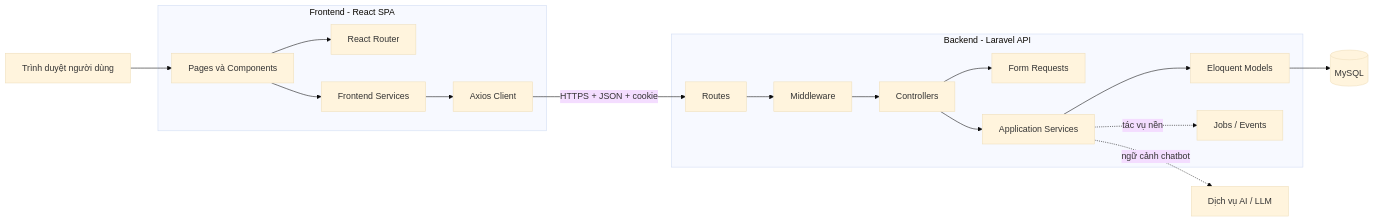
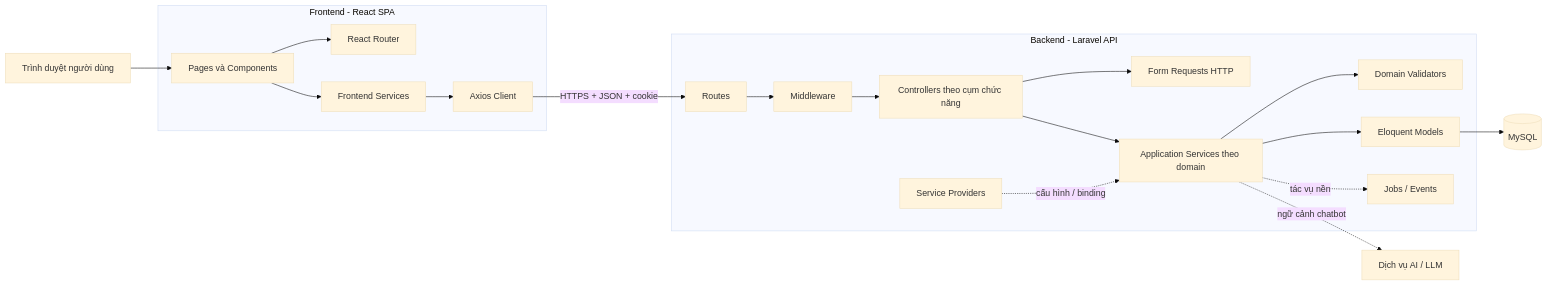
The first of 4 diagrams in ARCHITECTURE.md (HuynhDoHoangNguyen/laravel-react-stayhub), drawn with Mermaid (base theme) before and after one commit. The commit also changed other lines of this file and 5 other files, not shown here.

Commit message:
git commit -m "feat(invoice): add calculation service, domain validator and architecture refactor"

````diff
--- a/ARCHITECTURE.md
+++ b/ARCHITECTURE.md
@@ -18,35 +18,40 @@
 ```mermaid
 flowchart LR
     U[Trình duyệt người dùng]
 
     subgraph FE[Frontend - React SPA]
         UI[Pages và Components]
         RT[React Router]
         FS[Frontend Services]
         AX[Axios Client]
     end
 
     subgraph BE[Backend - Laravel API]
         R[Routes]
         MW[Middleware]
-        C[Controllers]
-        FR[Form Requests]
-        S[Application Services]
+        C[Controllers theo cụm chức năng]
+        FR[Form Requests HTTP]
+        S[Application Services theo domain]
+        V[Domain Validators]
+        P[Service Providers]
         M[Eloquent Models]
         Q[Jobs / Events]
     end
 
     DB[(MySQL)]
     LLM[Dịch vụ AI / LLM]
 
     U --> UI
     UI --> RT
     UI --> FS
     FS --> AX
     AX -->|HTTPS + JSON + cookie| R
     R --> MW --> C
     C --> FR
-    C --> S --> M --> DB
+    C --> S
+    S --> V
+    S --> M --> DB
+    P -. cấu hình / binding .-> S
     S -. tác vụ nền .-> Q
     S -. ngữ cảnh chatbot .-> LLM
 ```
````
